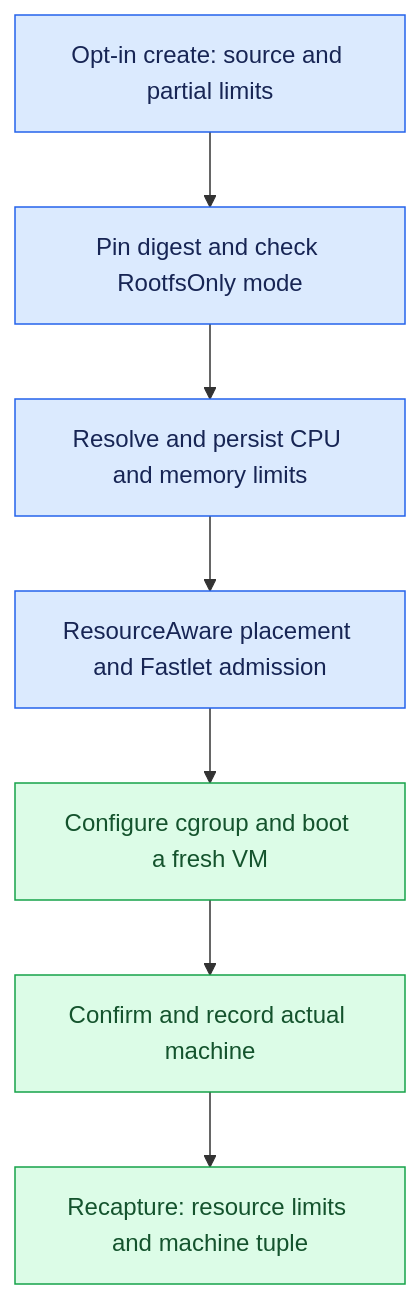
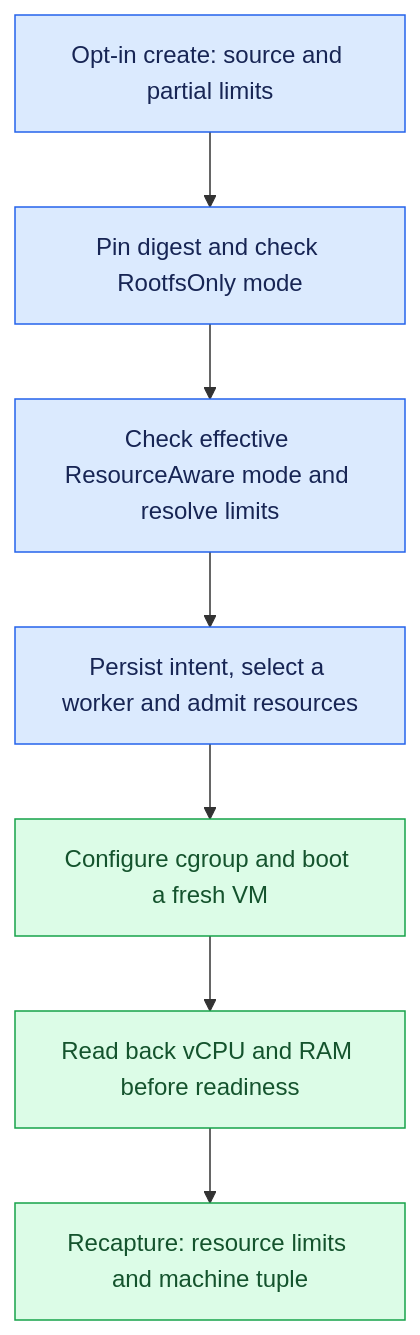
Before and after one commit to opensandbox-group/fast-sandbox: the diagram in fseps/0005-rootfs-only-create-overrides.md, drawn with Mermaid. The commit also changed other lines of this file, not shown here.

Commit message:
docs(fsep): clarify rootfs override admission and recovery

````diff
--- a/fseps/0005-rootfs-only-create-overrides.md
+++ b/fseps/0005-rootfs-only-create-overrides.md
@@ -33,13 +33,13 @@
 ```mermaid
 flowchart TD
     A["Opt-in create: source and partial limits"] --> B["Pin digest and check RootfsOnly mode"]
-    B --> C["Resolve and persist CPU and memory limits"]
-    C --> D["ResourceAware placement and Fastlet admission"]
+    B --> C["Check effective ResourceAware mode and resolve limits"]
+    C --> D["Persist intent, select a worker and admit resources"]
     D --> E["Configure cgroup and boot a fresh VM"]
-    E --> F["Confirm and record actual machine"]
+    E --> F["Read back vCPU and RAM before readiness"]
     F --> G["Recapture: resource limits and machine tuple"]
     classDef control fill:#dbeafe,stroke:#2563eb,color:#172554
     classDef runtime fill:#dcfce7,stroke:#16a34a,color:#14532d
     class A,B,C,D control
     class E,F,G runtime
 ```
````
